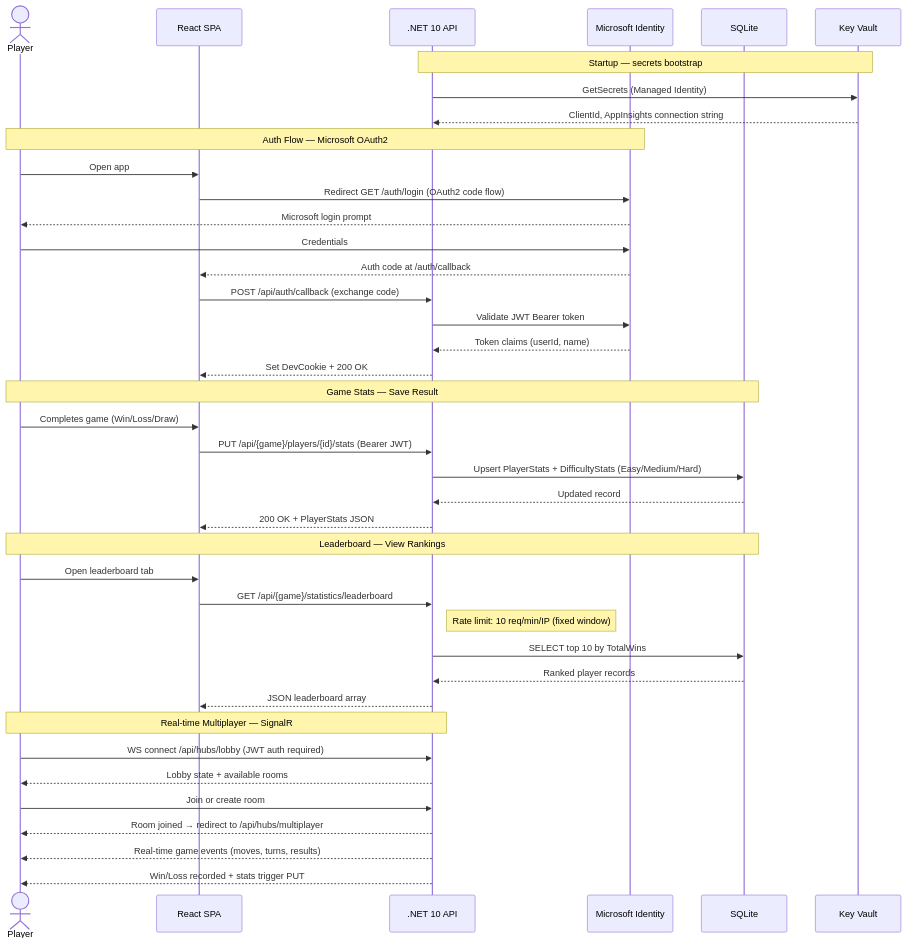
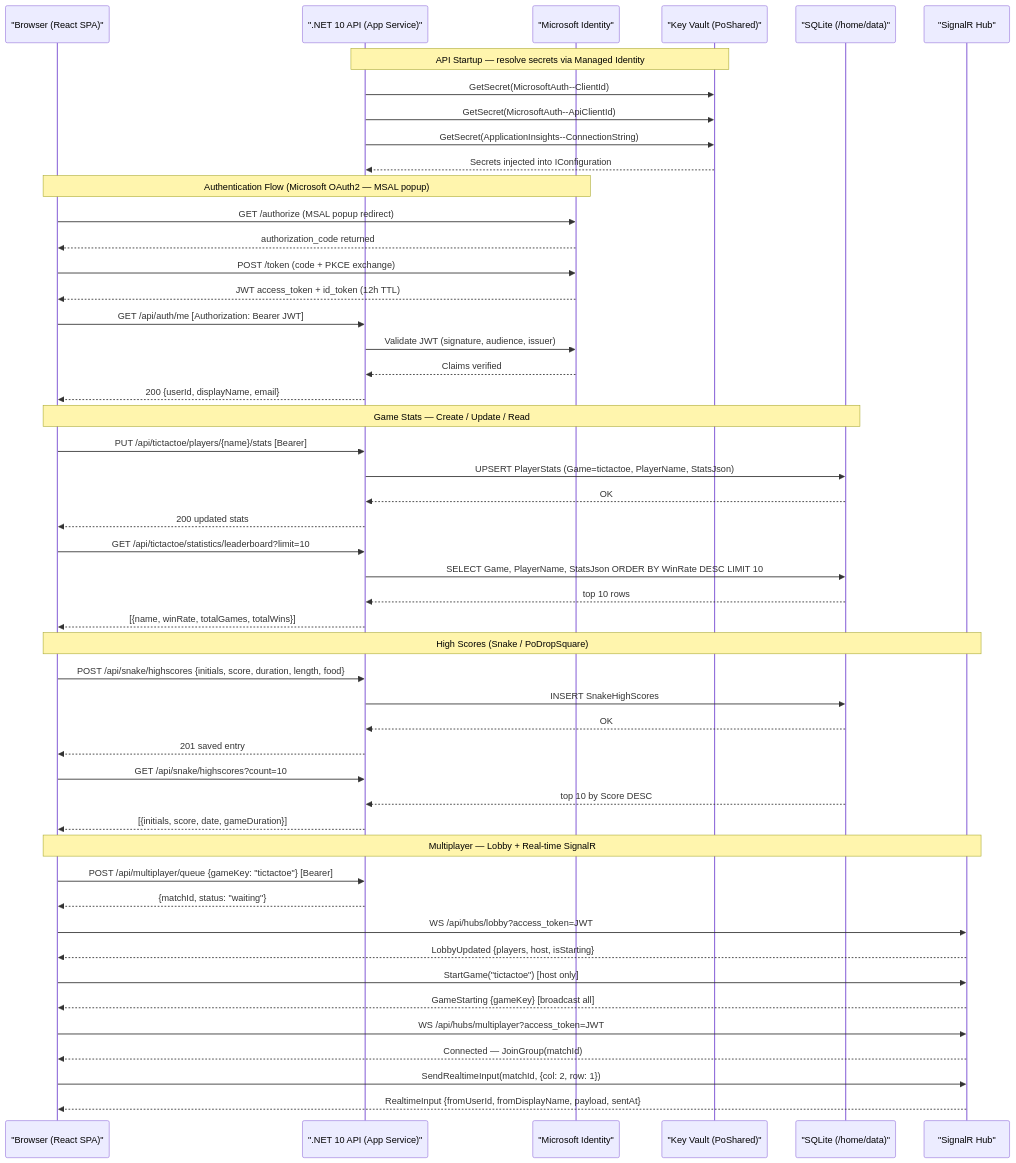
One commit to punkouter26/PoMiniGames changed the diagram in docs/SystemFlow.mmd. Above: the diagram before and after it, drawn with Mermaid. The commit also changed 124 other files, not shown here.

```diff
--- a/docs/SystemFlow.mmd
+++ b/docs/SystemFlow.mmd
@@ -1,45 +1,49 @@
 sequenceDiagram
-    actor Player as Player
-    participant SWA as React SPA
-    participant API as .NET 10 API
-    participant MSID as Microsoft Identity
-    participant DB as SQLite
-    participant KV as Key Vault
-
-    Note over API,KV: Startup — secrets bootstrap
-    API->>KV: GetSecrets (Managed Identity)
-    KV-->>API: ClientId, AppInsights connection string
-
-    Note over Player,MSID: Auth Flow — Microsoft OAuth2
-    Player->>SWA: Open app
-    SWA->>MSID: Redirect GET /auth/login (OAuth2 code flow)
-    MSID-->>Player: Microsoft login prompt
-    Player->>MSID: Credentials
-    MSID-->>SWA: Auth code at /auth/callback
-    SWA->>API: POST /api/auth/callback (exchange code)
-    API->>MSID: Validate JWT Bearer token
-    MSID-->>API: Token claims (userId, name)
-    API-->>SWA: Set DevCookie + 200 OK
-
-    Note over Player,DB: Game Stats — Save Result
-    Player->>SWA: Completes game (Win/Loss/Draw)
-    SWA->>API: PUT /api/{game}/players/{id}/stats (Bearer JWT)
-    API->>DB: Upsert PlayerStats + DifficultyStats (Easy/Medium/Hard)
-    DB-->>API: Updated record
-    API-->>SWA: 200 OK + PlayerStats JSON
-
-    Note over Player,DB: Leaderboard — View Rankings
-    Player->>SWA: Open leaderboard tab
-    SWA->>API: GET /api/{game}/statistics/leaderboard
-    Note right of API: Rate limit: 10 req/min/IP (fixed window)
-    API->>DB: SELECT top 10 by TotalWins
-    DB-->>API: Ranked player records
-    API-->>SWA: JSON leaderboard array
-
-    Note over Player,API: Real-time Multiplayer — SignalR
-    Player->>API: WS connect /api/hubs/lobby (JWT auth required)
-    API-->>Player: Lobby state + available rooms
-    Player->>API: Join or create room
-    API-->>Player: Room joined → redirect to /api/hubs/multiplayer
-    API-->>Player: Real-time game events (moves, turns, results)
-    API-->>Player: Win/Loss recorded + stats trigger PUT
+    participant B as "Browser (React SPA)"
+    participant API as ".NET 10 API (App Service)"
+    participant MSID as "Microsoft Identity"
+    participant KV as "Key Vault (PoShared)"
+    participant DB as "SQLite (/home/data)"
+    participant HUB as "SignalR Hub"
+    Note over API,KV: API Startup — resolve secrets via Managed Identity
+    API->>KV: GetSecret(MicrosoftAuth--ClientId)
+    API->>KV: GetSecret(MicrosoftAuth--ApiClientId)
+    API->>KV: GetSecret(ApplicationInsights--ConnectionString)
+    KV-->>API: Secrets injected into IConfiguration
+    Note over B,MSID: Authentication Flow (Microsoft OAuth2 — MSAL popup)
+    B->>MSID: GET /authorize (MSAL popup redirect)
+    MSID-->>B: authorization_code returned
+    B->>MSID: POST /token (code + PKCE exchange)
+    MSID-->>B: JWT access_token + id_token (12h TTL)
+    B->>API: GET /api/auth/me  [Authorization: Bearer JWT]
+    API->>MSID: Validate JWT (signature, audience, issuer)
+    MSID-->>API: Claims verified
+    API-->>B: 200 {userId, displayName, email}
+    Note over B,DB: Game Stats — Create / Update / Read
+    B->>API: PUT /api/tictactoe/players/{name}/stats  [Bearer]
+    API->>DB: UPSERT PlayerStats (Game=tictactoe, PlayerName, StatsJson)
+    DB-->>API: OK
+    API-->>B: 200 updated stats
+    B->>API: GET /api/tictactoe/statistics/leaderboard?limit=10
+    API->>DB: SELECT Game, PlayerName, StatsJson ORDER BY WinRate DESC LIMIT 10
+    DB-->>API: top 10 rows
+    API-->>B: [{name, winRate, totalGames, totalWins}]
+    Note over B,HUB: High Scores (Snake / PoDropSquare)
+    B->>API: POST /api/snake/highscores  {initials, score, duration, length, food}
+    API->>DB: INSERT SnakeHighScores
+    DB-->>API: OK
+    API-->>B: 201 saved entry
+    B->>API: GET /api/snake/highscores?count=10
+    DB-->>API: top 10 by Score DESC
+    API-->>B: [{initials, score, date, gameDuration}]
+    Note over B,HUB: Multiplayer — Lobby + Real-time SignalR
+    B->>API: POST /api/multiplayer/queue  {gameKey: "tictactoe"}  [Bearer]
+    API-->>B: {matchId, status: "waiting"}
+    B->>HUB: WS /api/hubs/lobby?access_token=JWT
+    HUB-->>B: LobbyUpdated {players, host, isStarting}
+    B->>HUB: StartGame("tictactoe")  [host only]
+    HUB-->>B: GameStarting {gameKey}  [broadcast all]
+    B->>HUB: WS /api/hubs/multiplayer?access_token=JWT
+    HUB-->>B: Connected — JoinGroup(matchId)
+    B->>HUB: SendRealtimeInput(matchId, {col: 2, row: 1})
+    HUB-->>B: RealtimeInput {fromUserId, fromDisplayName, payload, sentAt}
```
